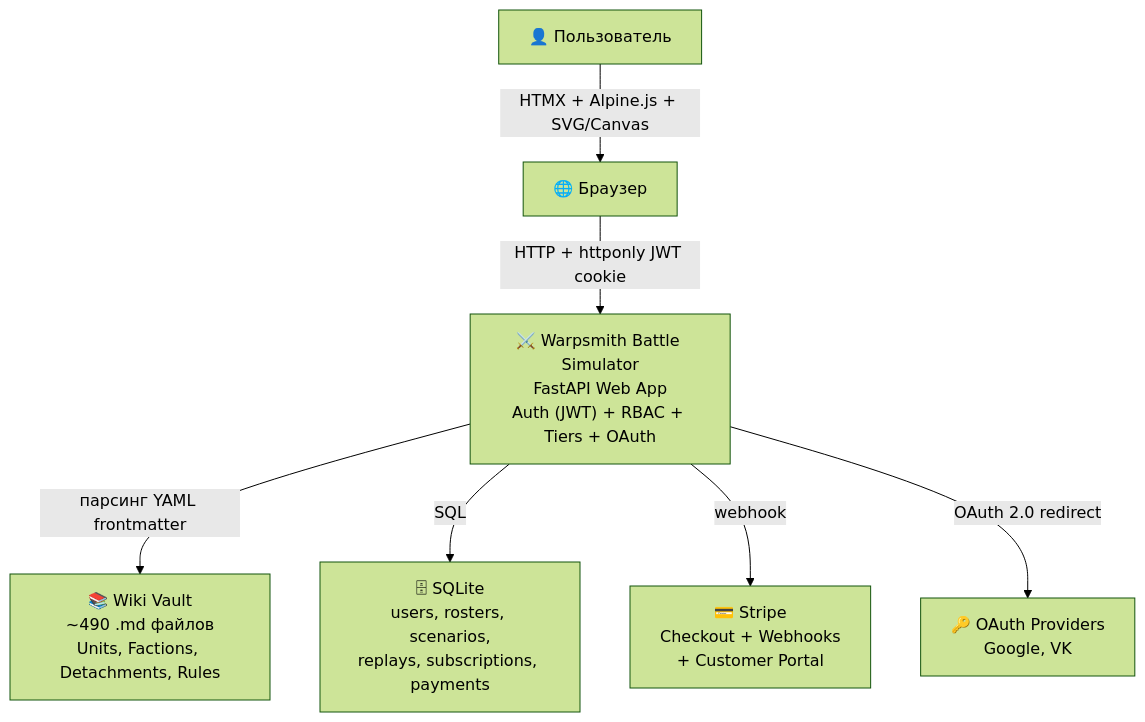
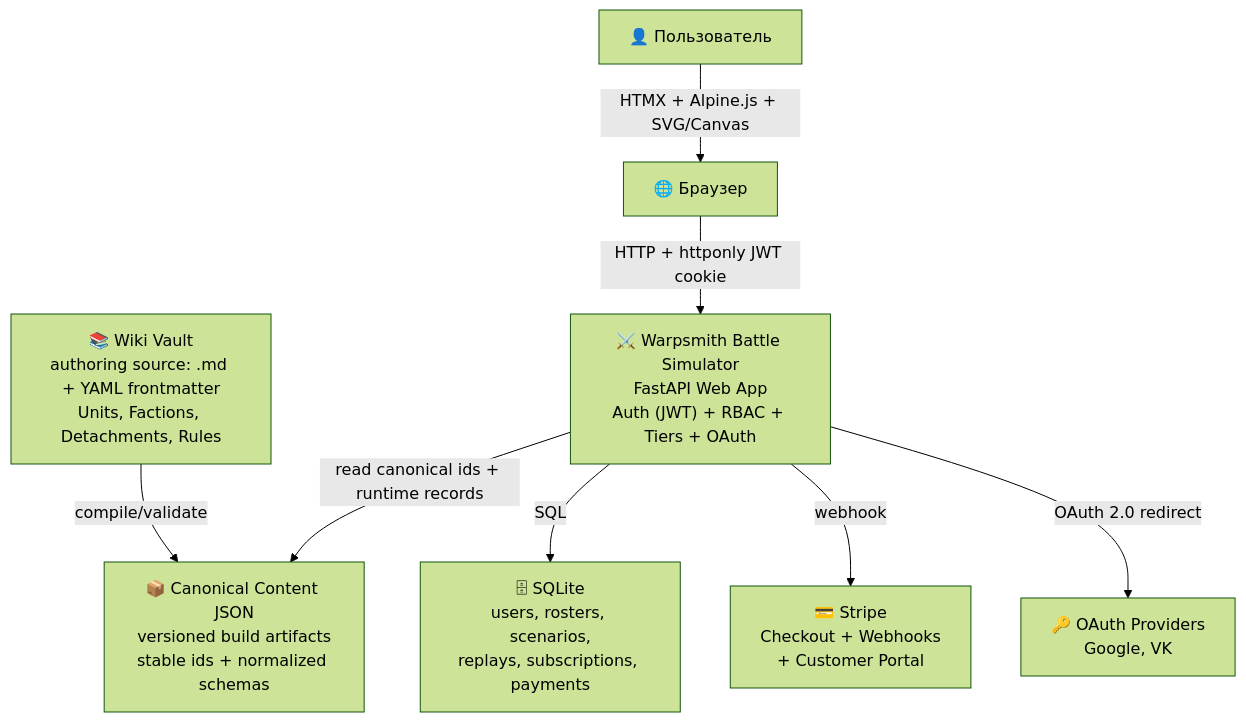
Before and after one commit to fixemer90-stack/Warpsmith: the first of 6 diagrams in docs/architecture/C4.md, drawn with Mermaid (forest theme). The commit also changed other lines of this file and 33 other files, not shown here.

First line of the commit message:
docs(docs): formalize canonical content pipeline architecture

````diff
--- a/docs/architecture/C4.md
+++ b/docs/architecture/C4.md
@@ -20,17 +20,19 @@
 ```mermaid
 graph TD
     USER["👤 Пользователь"]
     BROWSER["🌐 Браузер"]
     APP["⚔️ Warpsmith Battle Simulator<br/>FastAPI Web App<br/>Auth (JWT) + RBAC + Tiers + OAuth"]
-    WIKI["📚 Wiki Vault<br/>~490 .md файлов<br/>Units, Factions, Detachments, Rules"]
+    WIKI["📚 Wiki Vault<br/>authoring source: .md + YAML frontmatter<br/>Units, Factions, Detachments, Rules"]
+    CANON["📦 Canonical Content JSON<br/>versioned build artifacts<br/>stable ids + normalized schemas"]
     DB["🗄 SQLite<br/>users, rosters, scenarios,<br/>replays, subscriptions, payments"]
     STRIPE["💳 Stripe<br/>Checkout + Webhooks<br/>+ Customer Portal"]
     OAUTH["🔑 OAuth Providers<br/>Google, VK"]
 
     USER -->|HTMX + Alpine.js + SVG/Canvas| BROWSER
     BROWSER -->|HTTP + httponly JWT cookie| APP
-    APP -->|парсинг YAML frontmatter| WIKI
+    WIKI -->|compile/validate| CANON
+    APP -->|read canonical ids + runtime records| CANON
     APP -->|SQL| DB
     APP -->|webhook| STRIPE
     APP -->|OAuth 2.0 redirect| OAUTH
 ```
````
